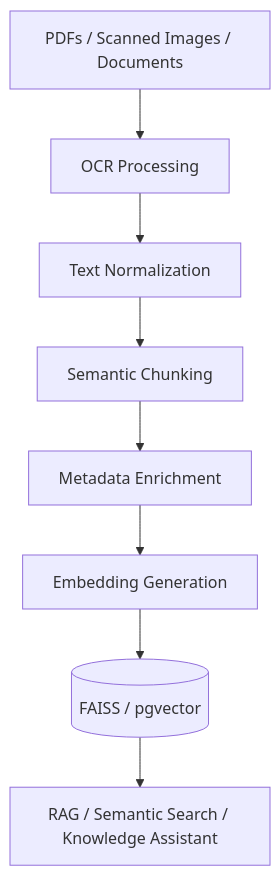
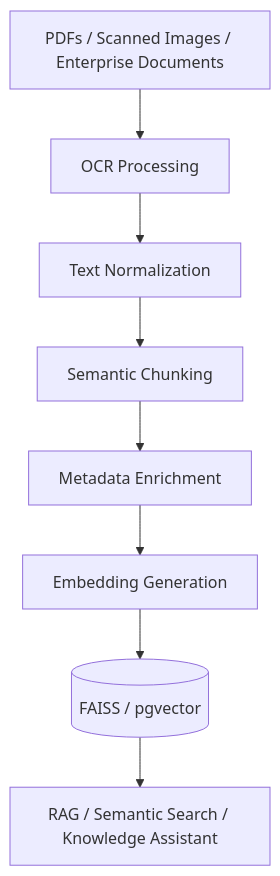
The fourth of 5 diagrams in README.md (dhanumjayasaggurthi/dhanumjayasaggurthi), drawn with Mermaid before and after one commit. The commit also changed other lines of this file, not shown here.

````diff
--- a/README.md
+++ b/README.md
@@ -161,10 +204,10 @@
 ```mermaid
 flowchart TD
-    A[PDFs / Scanned Images / Documents] --> B[OCR Processing]
+    A[PDFs / Scanned Images / Enterprise Documents] --> B[OCR Processing]
     B --> C[Text Normalization]
     C --> D[Semantic Chunking]
     D --> E[Metadata Enrichment]
     E --> F[Embedding Generation]
     F --> G[(FAISS / pgvector)]
     G --> H[RAG / Semantic Search / Knowledge Assistant]
 ```
````
